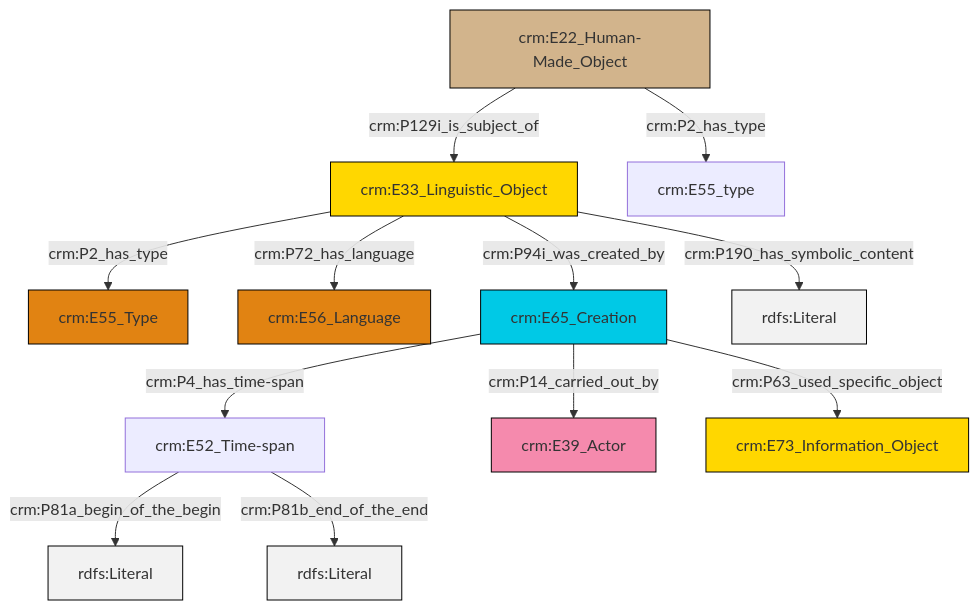
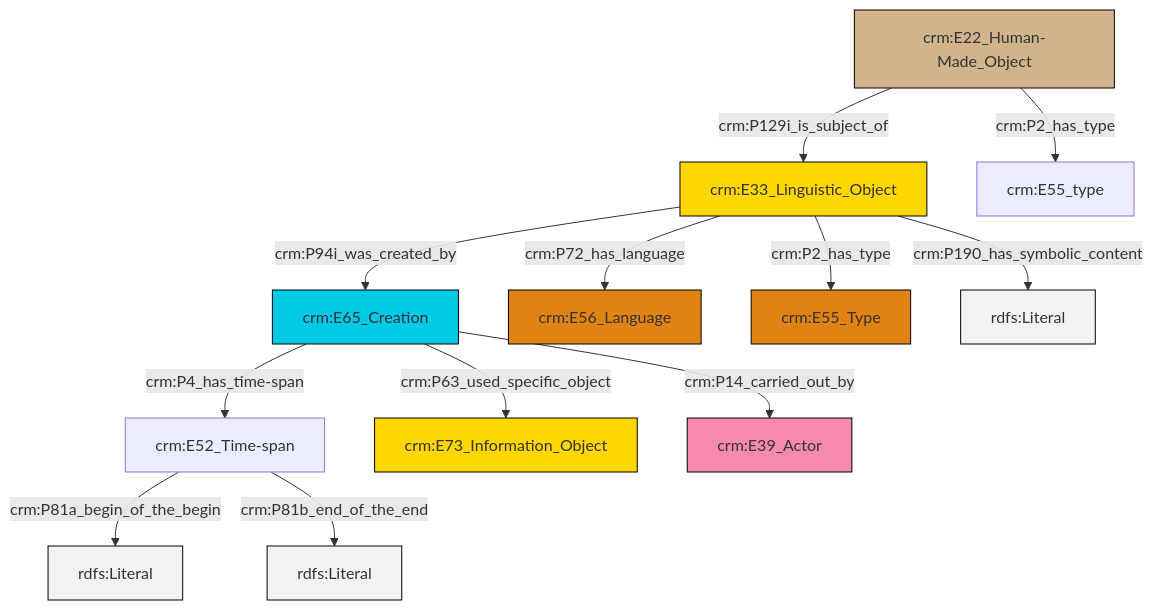
The diagram in et/artworkCSV/ttl/mmd/Artwork_Description.ttl.mmd (swiss-art-research-net/docs.swissartresearch), drawn with Mermaid before and after one commit. The commit also changed 178 other files, not shown here.

```diff
--- a/et/artworkCSV/ttl/mmd/Artwork_Description.ttl.mmd
+++ b/et/artworkCSV/ttl/mmd/Artwork_Description.ttl.mmd
@@ -1,26 +1,26 @@
 graph TD
 classDef Literal fill:#f2f2f2,stroke:#000000;
 classDef CRM_Entity fill:#FFFFFF,stroke:#000000;
 classDef Temporal_Entity fill:#00C9E6, stroke:#000000;
 classDef Type fill:#E18312, stroke:#000000;
 classDef Time-Span fill:#2C9C91, stroke:#000000;
 classDef Appellation fill:#FFEB7F, stroke:#000000;
 classDef Place fill:#008836, stroke:#000000;
 classDef Persistent_Item fill:#B266B2, stroke:#000000;
 classDef Conceptual_Object fill:#FFD700, stroke:#000000;
 classDef Physical_Thing fill:#D2B48C, stroke:#000000;
 classDef Actor fill:#f58aad, stroke:#000000;
 classDef PC_Classes fill:#4ce600, stroke:#000000;
 classDef Multi fill:#cccccc,stroke:#000000;
 
-0["crm:E33_Linguistic_Object"]:::Conceptual_Object -->|crm:P2_has_type| 1["crm:E55_Type"]:::Type
-0["crm:E33_Linguistic_Object"]:::Conceptual_Object -->|crm:P72_has_language| 5["crm:E56_Language"]:::Type
-6["crm:E65_Creation"]:::Temporal_Entity -->|crm:P4_has_time-span| 7["crm:E52_Time-span"]:::Default
-6["crm:E65_Creation"]:::Temporal_Entity -->|crm:P63_used_specific_object| 10["crm:E73_Information_Object"]:::Conceptual_Object
-7["crm:E52_Time-span"]:::Default -->|crm:P81a_begin_of_the_begin| 11[rdfs:Literal]:::Literal
-0["crm:E33_Linguistic_Object"]:::Conceptual_Object -->|crm:P190_has_symbolic_content| 13[rdfs:Literal]:::Literal
-6["crm:E65_Creation"]:::Temporal_Entity -->|crm:P14_carried_out_by| 8["crm:E39_Actor"]:::Actor
-0["crm:E33_Linguistic_Object"]:::Conceptual_Object -->|crm:P94i_was_created_by| 6["crm:E65_Creation"]:::Temporal_Entity
-7["crm:E52_Time-span"]:::Default -->|crm:P81b_end_of_the_end| 19[rdfs:Literal]:::Literal
-16["crm:E22_Human-Made_Object"]:::Physical_Thing -->|crm:P129i_is_subject_of| 0["crm:E33_Linguistic_Object"]:::Conceptual_Object
-16["crm:E22_Human-Made_Object"]:::Physical_Thing -->|crm:P2_has_type| 3["crm:E55_type"]:::Default
+0["crm:E65_Creation"]:::Temporal_Entity -->|crm:P4_has_time-span| 1["crm:E52_Time-span"]:::Default
+0["crm:E65_Creation"]:::Temporal_Entity -->|crm:P63_used_specific_object| 2["crm:E73_Information_Object"]:::Conceptual_Object
+0["crm:E65_Creation"]:::Temporal_Entity -->|crm:P14_carried_out_by| 7["crm:E39_Actor"]:::Actor
+8["crm:E22_Human-Made_Object"]:::Physical_Thing -->|crm:P129i_is_subject_of| 3["crm:E33_Linguistic_Object"]:::Conceptual_Object
+1["crm:E52_Time-span"]:::Default -->|crm:P81a_begin_of_the_begin| 9[rdfs:Literal]:::Literal
+3["crm:E33_Linguistic_Object"]:::Conceptual_Object -->|crm:P2_has_type| 12["crm:E55_Type"]:::Type
+1["crm:E52_Time-span"]:::Default -->|crm:P81b_end_of_the_end| 14[rdfs:Literal]:::Literal
+3["crm:E33_Linguistic_Object"]:::Conceptual_Object -->|crm:P94i_was_created_by| 0["crm:E65_Creation"]:::Temporal_Entity
+3["crm:E33_Linguistic_Object"]:::Conceptual_Object -->|crm:P72_has_language| 5["crm:E56_Language"]:::Type
+8["crm:E22_Human-Made_Object"]:::Physical_Thing -->|crm:P2_has_type| 16["crm:E55_type"]:::Default
+3["crm:E33_Linguistic_Object"]:::Conceptual_Object -->|crm:P190_has_symbolic_content| 18[rdfs:Literal]:::Literal
```
